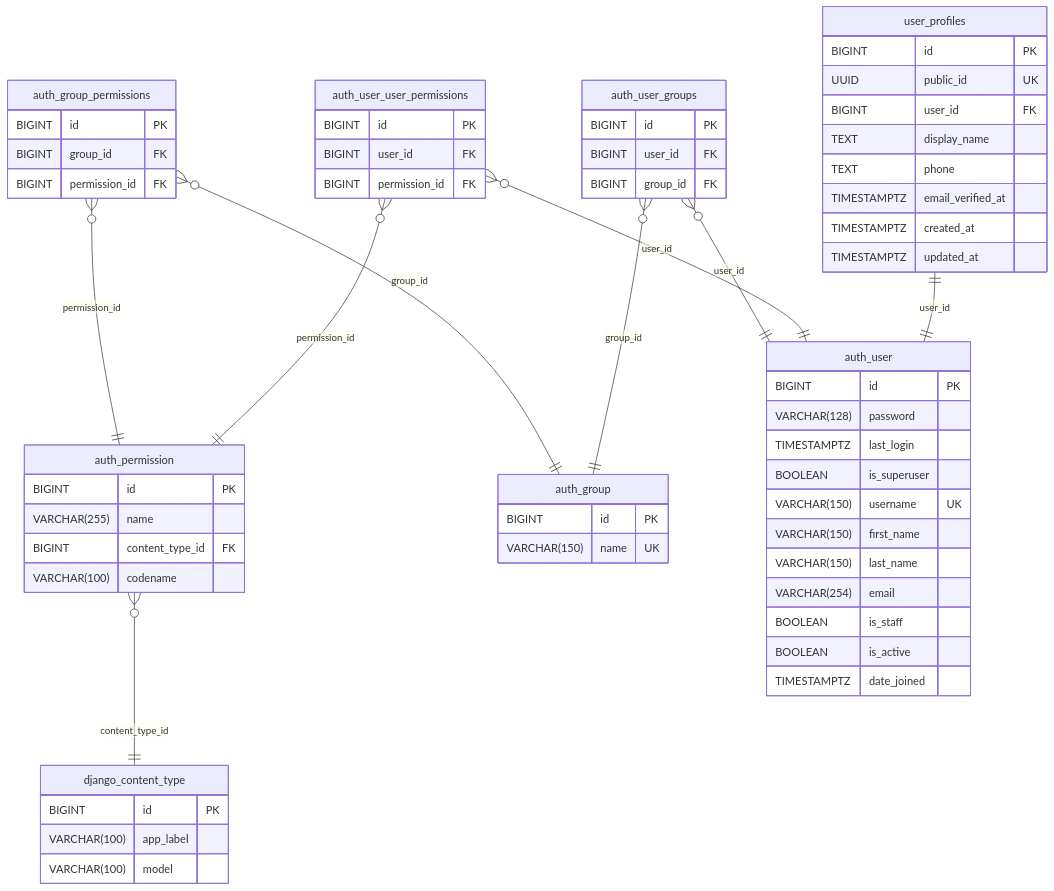
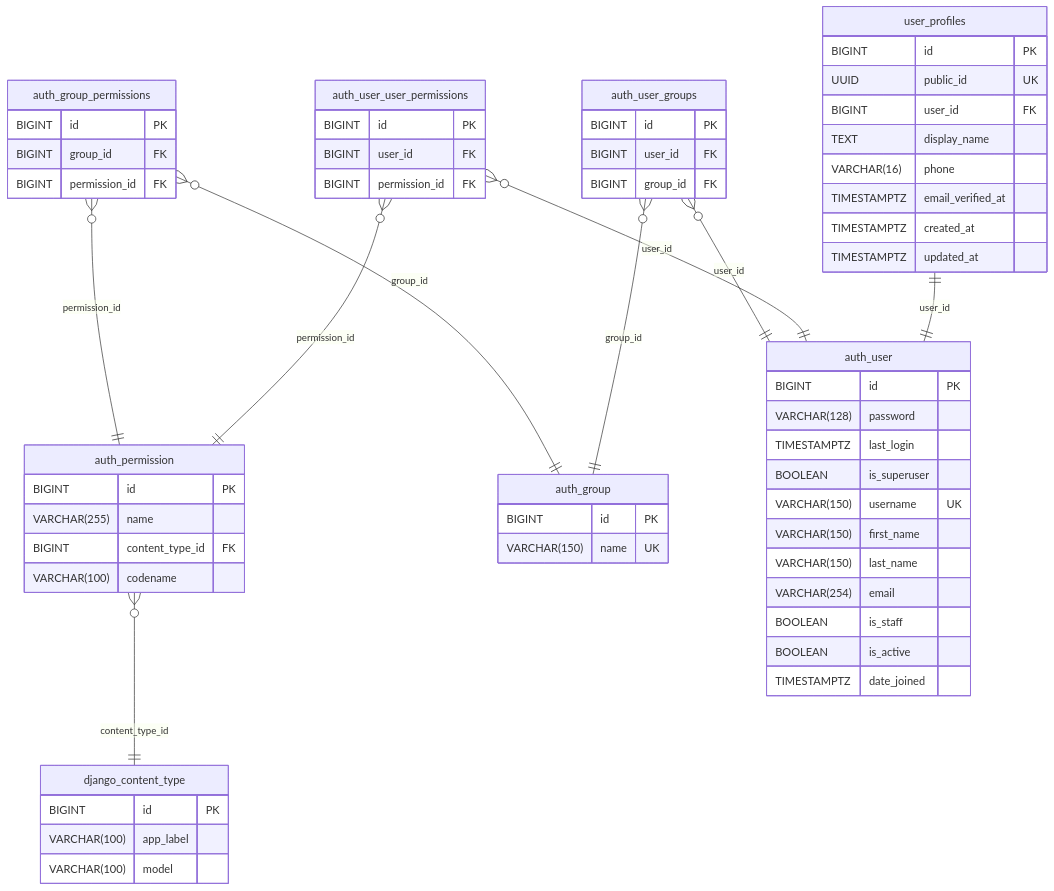
Before and after one commit to yukasung/mattersolv_docs: the second of 3 diagrams in docs/app/docs/database/django-auth/page.mdx, drawn with Mermaid. The commit also changed other lines of this file and 3 other files, not shown here.

````diff
--- a/docs/app/docs/database/django-auth/page.mdx
+++ b/docs/app/docs/database/django-auth/page.mdx
@@ -69,65 +69,65 @@
 ```mermaid
 erDiagram
   django_content_type {
     BIGINT id PK
     VARCHAR(100) app_label
     VARCHAR(100) model
   }
   auth_permission {
     BIGINT id PK
     VARCHAR(255) name
     BIGINT content_type_id FK
     VARCHAR(100) codename
   }
   auth_group {
     BIGINT id PK
     VARCHAR(150) name UK
   }
   auth_group_permissions {
     BIGINT id PK
     BIGINT group_id FK
     BIGINT permission_id FK
   }
   auth_user {
     BIGINT id PK
     VARCHAR(128) password
     TIMESTAMPTZ last_login
     BOOLEAN is_superuser
     VARCHAR(150) username UK
     VARCHAR(150) first_name
     VARCHAR(150) last_name
     VARCHAR(254) email
     BOOLEAN is_staff
     BOOLEAN is_active
     TIMESTAMPTZ date_joined
   }
   auth_user_groups {
     BIGINT id PK
     BIGINT user_id FK
     BIGINT group_id FK
   }
   auth_user_user_permissions {
     BIGINT id PK
     BIGINT user_id FK
     BIGINT permission_id FK
   }
   user_profiles {
     BIGINT id PK
     UUID public_id UK
     BIGINT user_id FK
     TEXT display_name
-    TEXT phone
+    VARCHAR(16) phone
     TIMESTAMPTZ email_verified_at
     TIMESTAMPTZ created_at
     TIMESTAMPTZ updated_at
   }
 
   auth_permission }o--|| django_content_type : content_type_id
   auth_group_permissions }o--|| auth_group : group_id
   auth_group_permissions }o--|| auth_permission : permission_id
   auth_user_groups }o--|| auth_user : user_id
   auth_user_groups }o--|| auth_group : group_id
   auth_user_user_permissions }o--|| auth_user : user_id
   auth_user_user_permissions }o--|| auth_permission : permission_id
   user_profiles ||--|| auth_user : user_id
 ```
````
